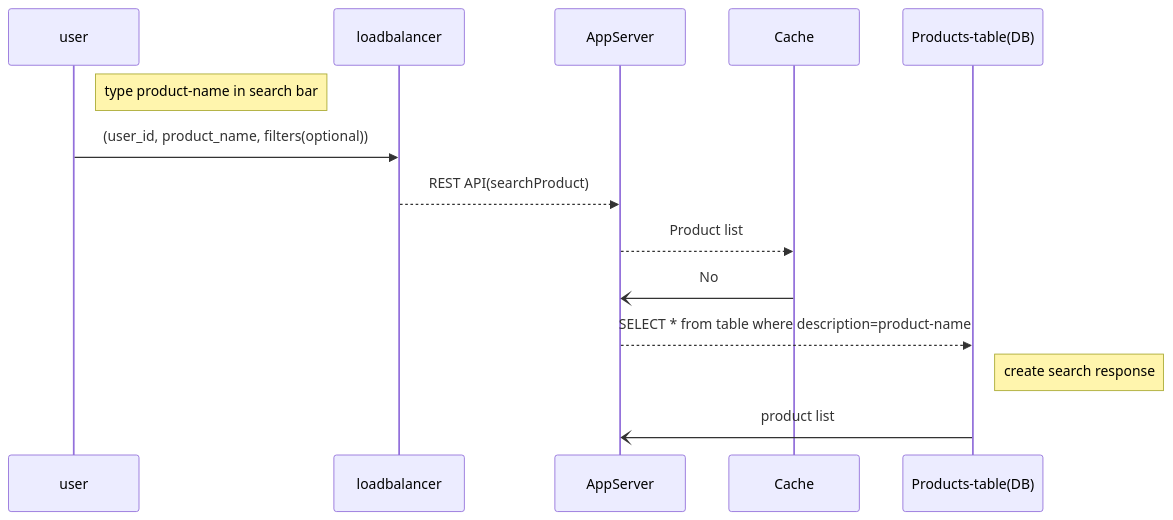
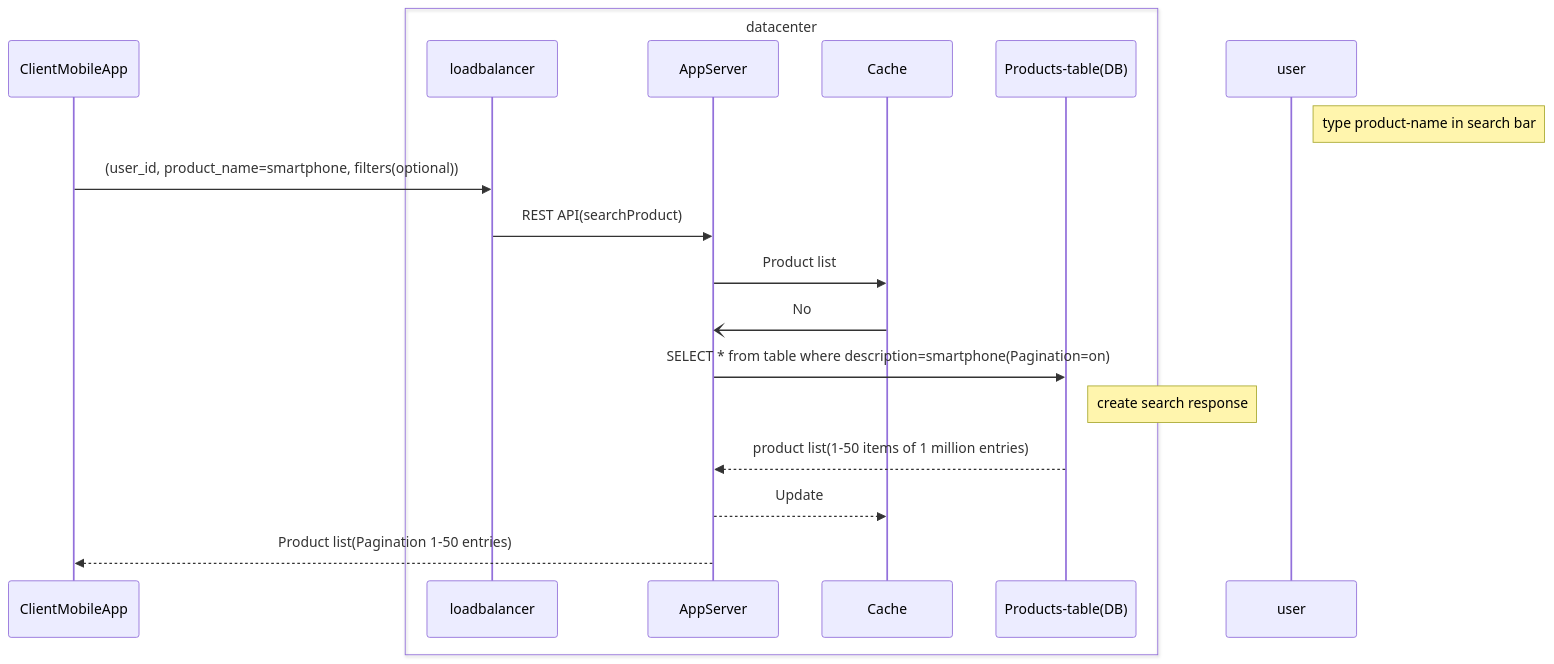
Before and after one commit to code-with-amitk/Code-examples: the second of 2 diagrams in System-Design/Scalable/Ecommerce_Systems/Amazon/README.adoc, drawn with Mermaid. The commit also changed other lines of this file, not shown here.

````diff
--- a/System-Design/Scalable/Ecommerce_Systems/Amazon/README.adoc
+++ b/System-Design/Scalable/Ecommerce_Systems/Amazon/README.adoc
@@ -116,12 +116,22 @@
 ```mermaid
 sequenceDiagram
-    participant user
-    Note right of user: type product-name in search bar
-    user ->> loadbalancer: (user_id, product_name, filters(optional))
-    loadbalancer -->> AppServer: REST API(searchProduct)
-    AppServer -->> Cache: Product list
-    Cache -) AppServer: No
-    AppServer -->> Products-table(DB): SELECT * from table where description=product-name
-    Note right of Products-table(DB): create search response
-    Products-table(DB) -) AppServer: product list
+  participant u as ClientMobileApp
+  box datacenter
+  participant lb as loadbalancer
+  participant app as AppServer
+  participant ca as Cache
+  participant ptdb as Products-table(DB)
+  end
+
+  Note right of user: type product-name in search bar
+  u ->> lb: (user_id, product_name=smartphone, filters(optional))
+  
+  lb ->> app: REST API(searchProduct)
+  app ->> ca: Product list
+  ca -) app: No
+  app ->> ptdb: SELECT * from table where description=smartphone(Pagination=on)
+  Note right of ptdb: create search response
+  ptdb -->> app: product list(1-50 items of 1 million entries)
+  app -->> ca: Update
+  app -->> u: Product list(Pagination 1-50 entries)
 ```
````
